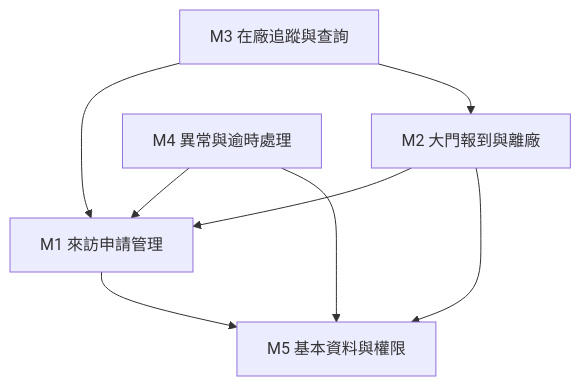
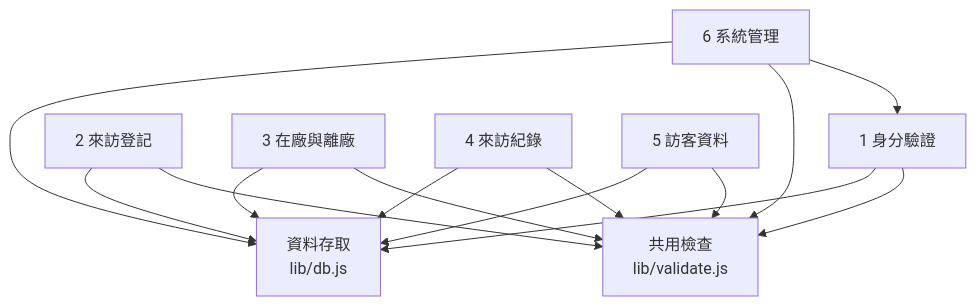
Before and after one commit to billy1125/system-analysis-and-design: the second of 2 diagrams in 01-Course-Materials/05-Functional-Analysis.md, drawn with Mermaid. The commit also changed other lines of this file and 120 other files, not shown here.

````diff
--- a/01-Course-Materials/05-Functional-Analysis.md
+++ b/01-Course-Materials/05-Functional-Analysis.md
@@ -417,16 +409,25 @@
 ```mermaid
 flowchart TD
-    M2[M2 大門報到與離廠]
-    M3[M3 在廠追蹤與查詢]
-    M4[M4 異常與逾時處理]
-    M1[M1 來訪申請管理]
-    M5[M5 基本資料與權限]
+    M1[1 身分驗證]
+    M2[2 來訪登記]
+    M3[3 在廠與離廠]
+    M4[4 來訪紀錄]
+    M5[5 訪客資料]
+    M6[6 系統管理]
+    V[共用檢查<br/>lib/validate.js]
+    D[資料存取<br/>lib/db.js]
 
-    M2 --> M1
-    M2 --> M5
-    M3 --> M1
-    M3 --> M2
-    M4 --> M1
-    M4 --> M5
-    M1 --> M5
+    M6 --> M1
+    M1 --> V
+    M2 --> V
+    M3 --> V
+    M4 --> V
+    M5 --> V
+    M6 --> V
+    M1 --> D
+    M2 --> D
+    M3 --> D
+    M4 --> D
+    M5 --> D
+    M6 --> D
 ```
````
